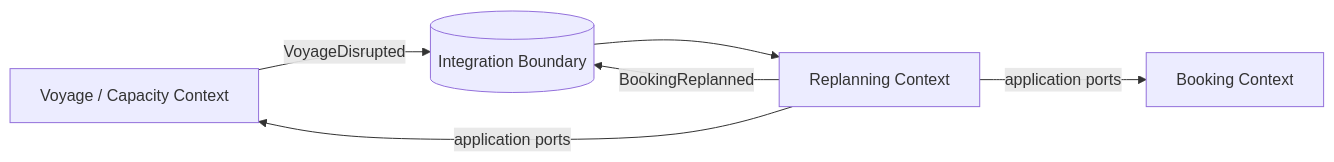
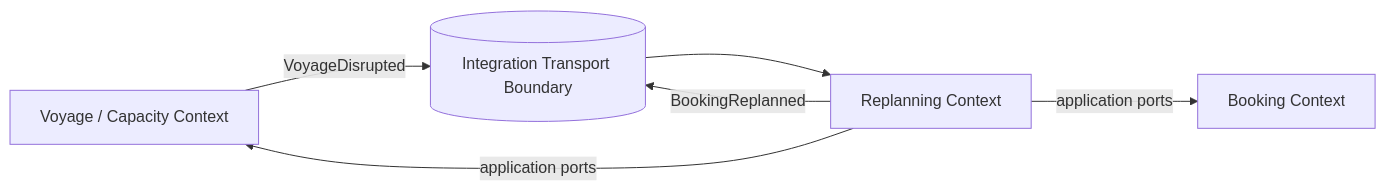
Before and after one commit to mehdi-k62/Logistics: the diagram in docs/diagrams/context-map.mmd, drawn with Mermaid. The commit also changed 18 other files, not shown here.

```diff
--- a/docs/diagrams/context-map.mmd
+++ b/docs/diagrams/context-map.mmd
@@ -1,10 +1,10 @@
 flowchart LR
   Booking[Booking Context]
   Voyage[Voyage / Capacity Context]
   Replan[Replanning Context]
-  Broker[(Integration Boundary)]
+  Transport[(Integration Transport Boundary)]
   Replan -->|application ports| Booking
   Replan -->|application ports| Voyage
-  Voyage -->|VoyageDisrupted| Broker
-  Broker --> Replan
-  Replan -->|BookingReplanned| Broker
+  Voyage -->|VoyageDisrupted| Transport
+  Transport --> Replan
+  Replan -->|BookingReplanned| Transport
```
